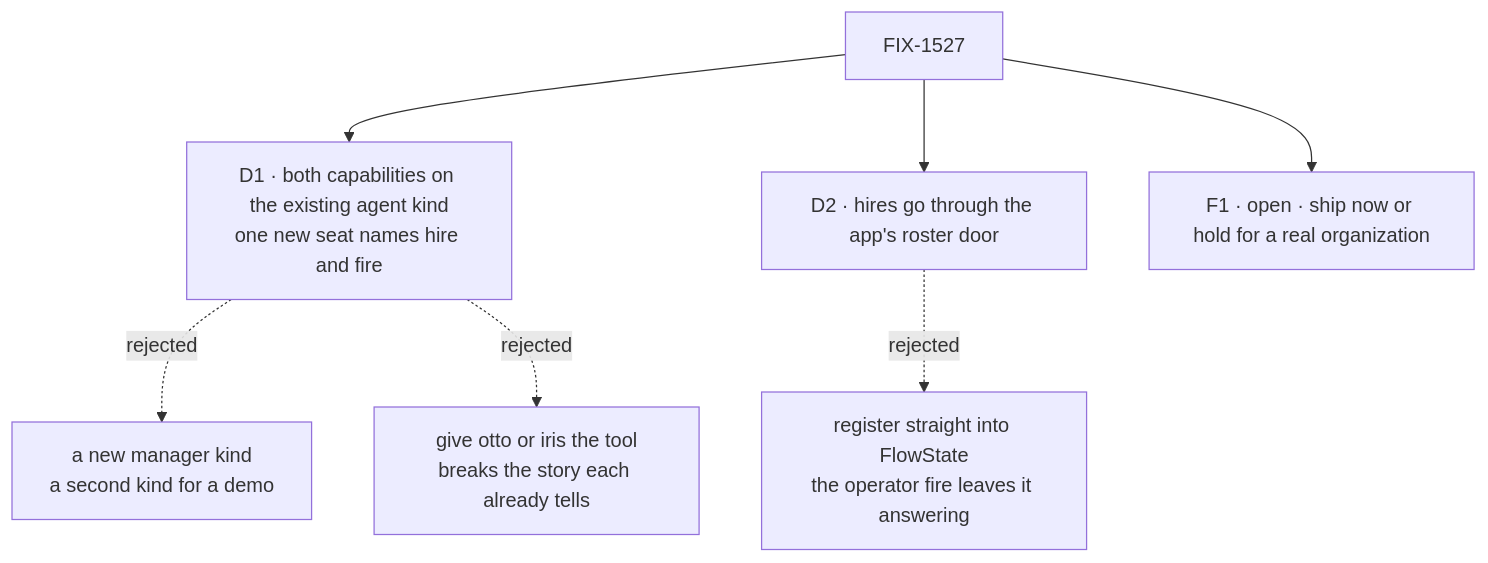
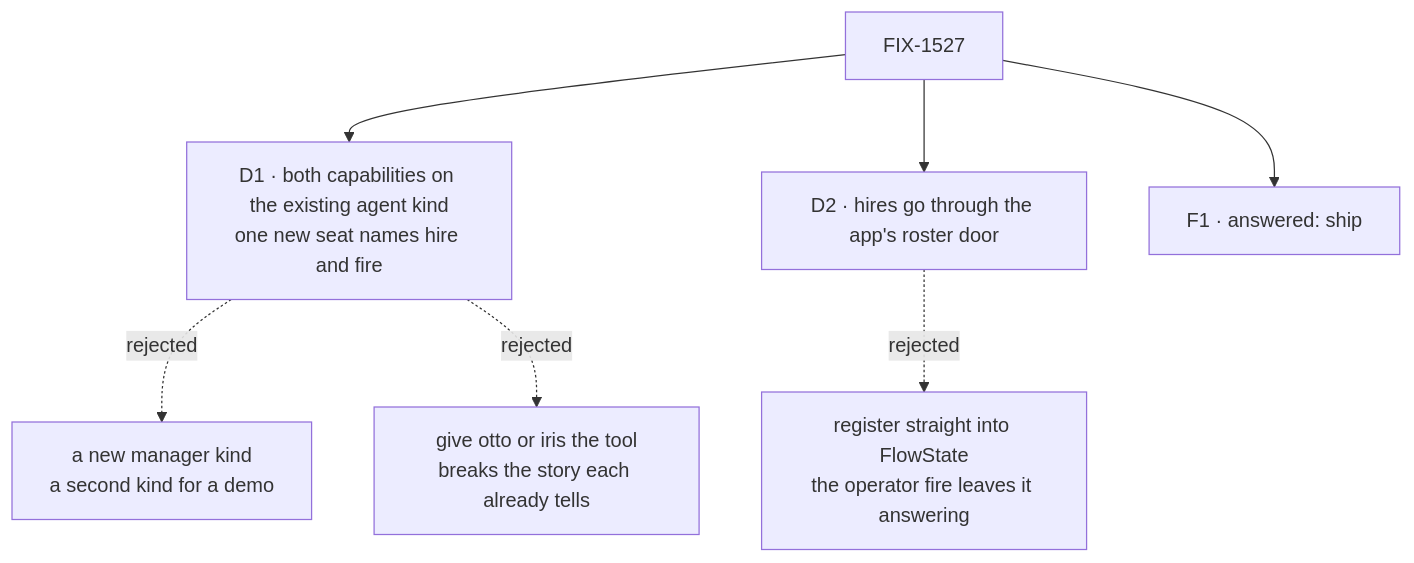
The diagram in specs/issues/FIX-1527/DECISIONS.md (fixpoint-labs/flow-state-dev), drawn with Mermaid before and after one commit. The commit also changed other lines of this file and 15 other files, not shown here.

````diff
--- a/specs/issues/FIX-1527/DECISIONS.md
+++ b/specs/issues/FIX-1527/DECISIONS.md
@@ -10,9 +10,9 @@
 ```mermaid
 flowchart TD
   I["FIX-1527"] --> D1["D1 · both capabilities on the existing agent kind<br/>one new seat names hire and fire"]
   D1 -.->|"rejected"| X1["a new manager kind<br/>a second kind for a demo"]
   D1 -.->|"rejected"| X1b["give otto or iris the tool<br/>breaks the story each already tells"]
   I --> D2["D2 · hires go through the app's roster door"]
   D2 -.->|"rejected"| X2["register straight into FlowState<br/>the operator fire leaves it answering"]
-  I --> F1["F1 · open · ship now or hold for a real organization"]
+  I --> F1["F1 · answered: ship"]
 ```
````
